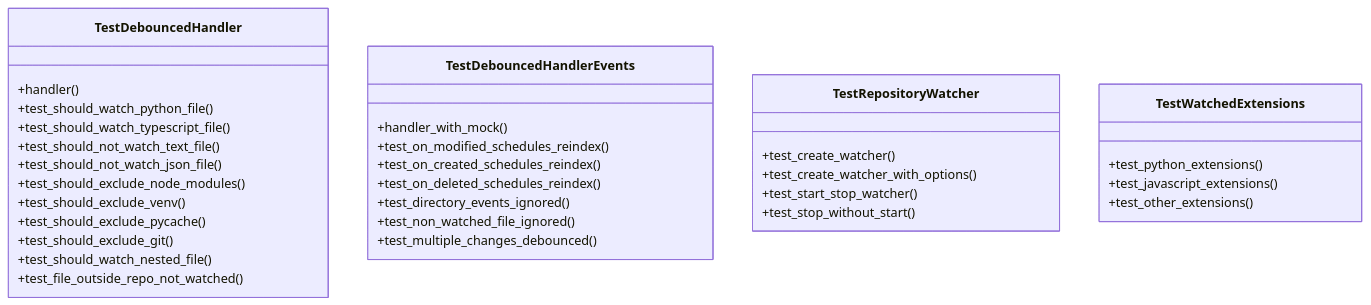
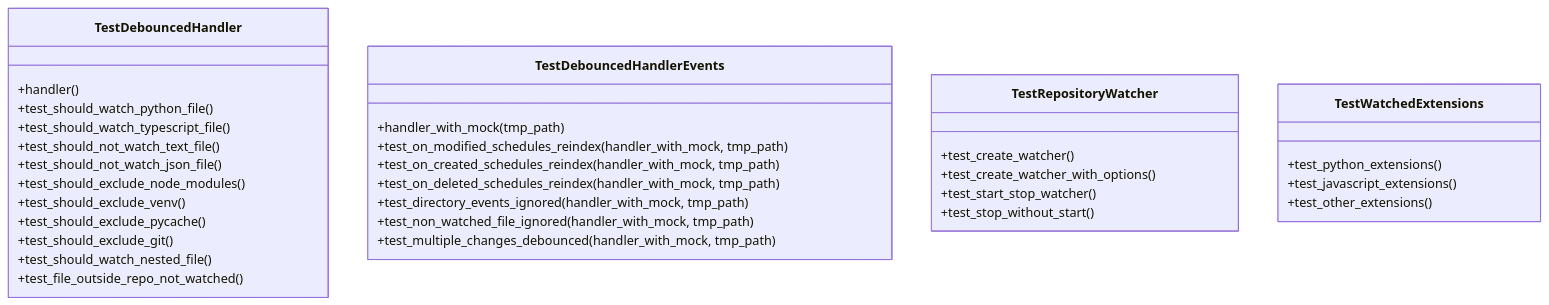
The first of 2 diagrams in .deepwiki/files/tests/test_watcher.md (UrbanDiver/local-deepwiki-mcp), drawn with Mermaid before and after one commit. The commit also changed other lines of this file and 75 other files, not shown here.

````diff
--- a/.deepwiki/files/tests/test_watcher.md
+++ b/.deepwiki/files/tests/test_watcher.md
@@ -451,36 +472,36 @@
 ```mermaid
 classDiagram
     class TestDebouncedHandler {
         +handler()
         +test_should_watch_python_file()
         +test_should_watch_typescript_file()
         +test_should_not_watch_text_file()
         +test_should_not_watch_json_file()
         +test_should_exclude_node_modules()
         +test_should_exclude_venv()
         +test_should_exclude_pycache()
         +test_should_exclude_git()
         +test_should_watch_nested_file()
         +test_file_outside_repo_not_watched()
     }
     class TestDebouncedHandlerEvents {
-        +handler_with_mock()
-        +test_on_modified_schedules_reindex()
-        +test_on_created_schedules_reindex()
-        +test_on_deleted_schedules_reindex()
-        +test_directory_events_ignored()
-        +test_non_watched_file_ignored()
-        +test_multiple_changes_debounced()
+        +handler_with_mock(tmp_path)
+        +test_on_modified_schedules_reindex(handler_with_mock, tmp_path)
+        +test_on_created_schedules_reindex(handler_with_mock, tmp_path)
+        +test_on_deleted_schedules_reindex(handler_with_mock, tmp_path)
+        +test_directory_events_ignored(handler_with_mock, tmp_path)
+        +test_non_watched_file_ignored(handler_with_mock, tmp_path)
+        +test_multiple_changes_debounced(handler_with_mock, tmp_path)
     }
     class TestRepositoryWatcher {
         +test_create_watcher()
         +test_create_watcher_with_options()
         +test_start_stop_watcher()
         +test_stop_without_start()
     }
     class TestWatchedExtensions {
         +test_python_extensions()
         +test_javascript_extensions()
         +test_other_extensions()
     }
 ```
````
